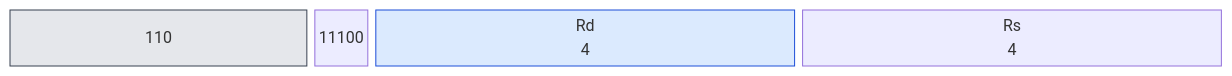
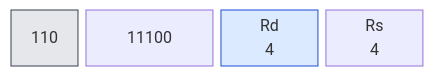
Diagram 23 of 32 in book/kap03.md (olfp/Deep16), drawn with Mermaid before and after one commit. The commit also changed other lines of this file and 1 other file, not shown here.

Commit message:
book(kap03): alle 32 Befehlsdiagramme auf 31-Spalten-Layout normiert

````diff
--- a/book/kap03.md
+++ b/book/kap03.md
@@ -795,16 +795,16 @@
 ```mermaid
 block-beta
   columns 31
   classDef op fill:#e5e7eb,stroke:#374151
   classDef reg fill:#dbeafe,stroke:#1d4ed8
   classDef imm fill:#fef3c7,stroke:#b45309
   classDef off fill:#dcfce7,stroke:#15803d
   classDef seg fill:#ede9fe,stroke:#6d28d9
   classDef all fill:#fee2e2,stroke:#b91c1c
   b0["110"]:5
-  b1["11100"]:1
+  b1["11100"]:9
   b2["Rd<br/>4"]:7
   b3["Rs<br/>4"]:7
   class b0 b1 op
   class b2 b3 reg
 ```
````
